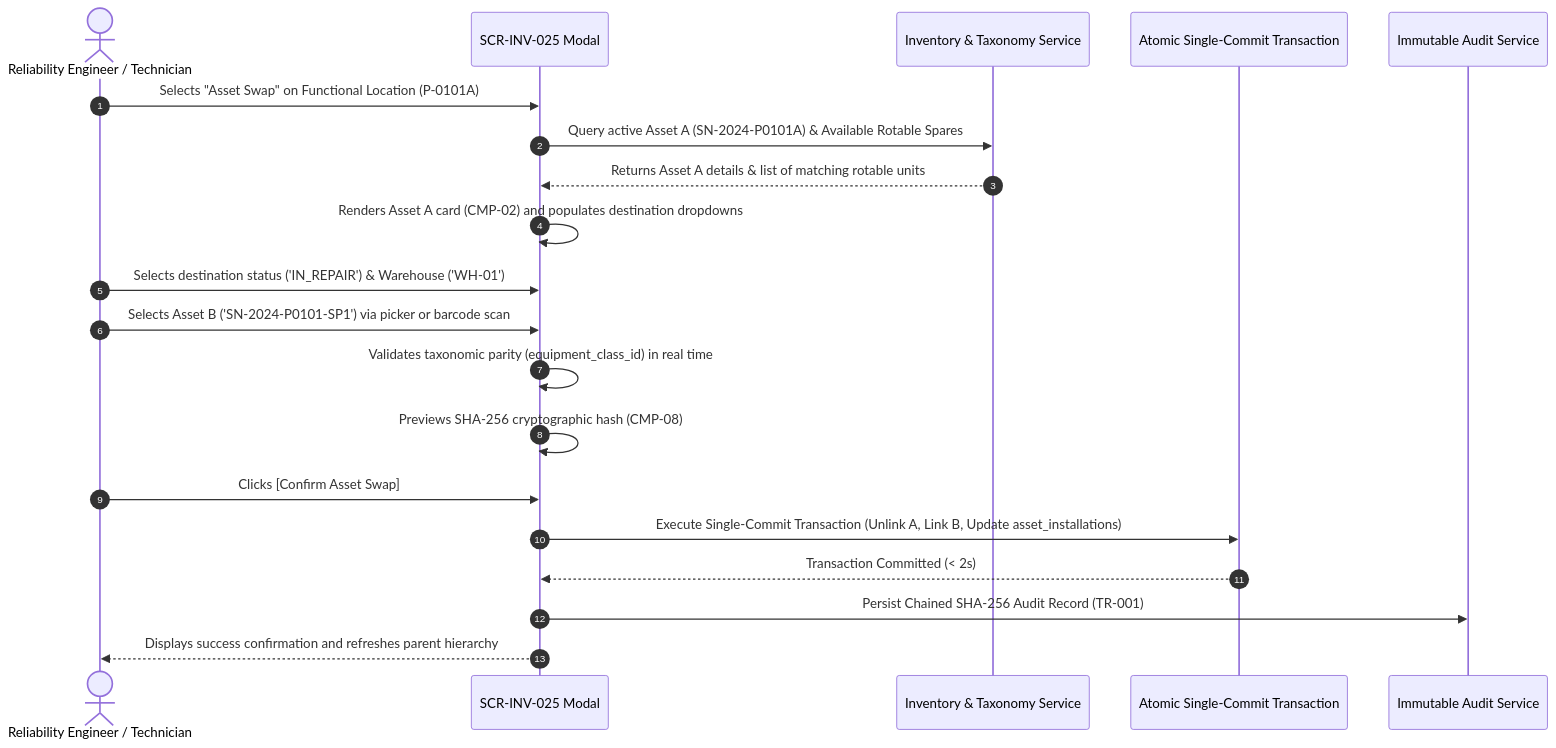
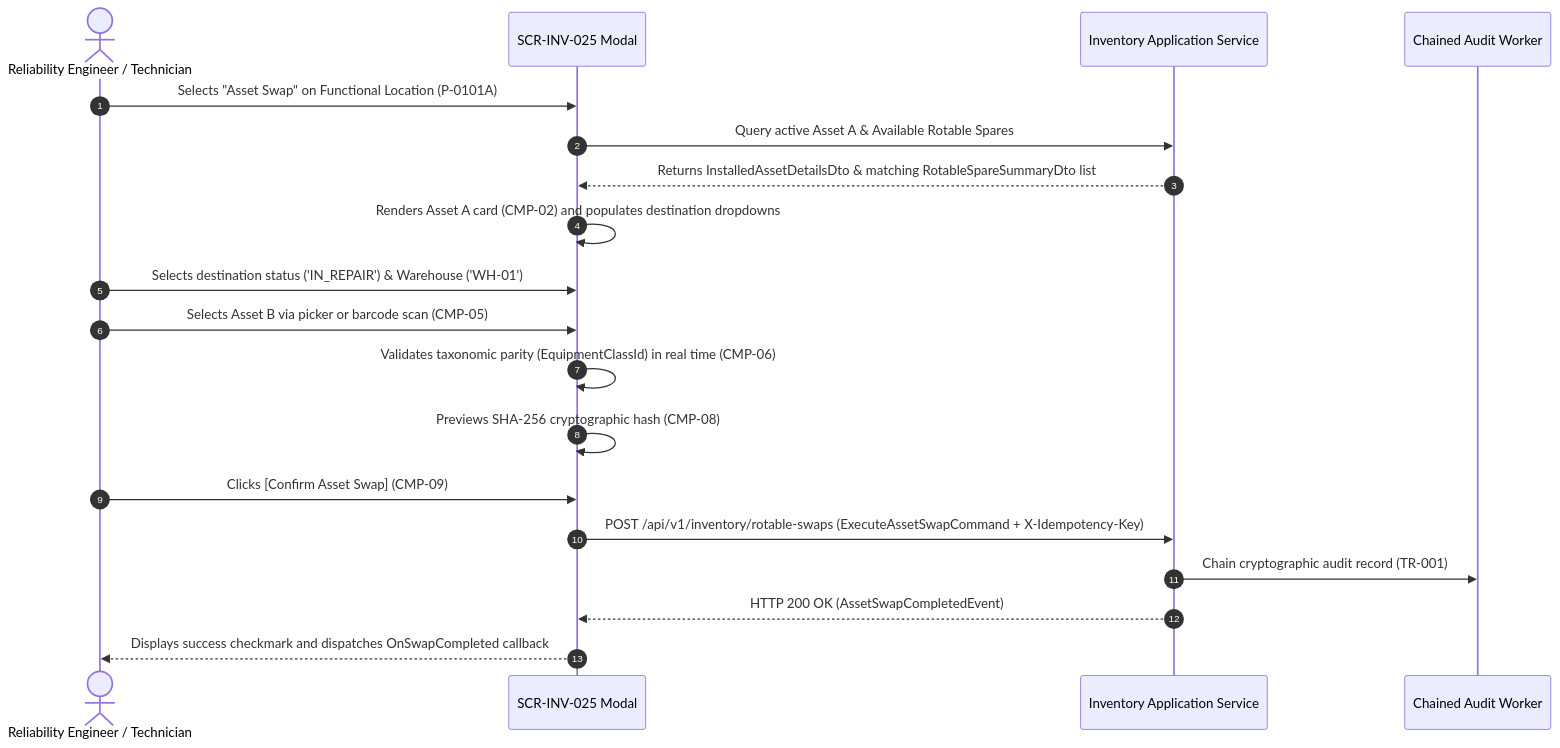
The diagram in ui-ux/screens/inv/SCR-INV-025.md (Novav20/adso-dteam-docs), drawn with Mermaid before and after one commit. The commit also changed other lines of this file, not shown here.

First line of the commit message:
refactor(ui-ux): align SCR-INV-025 v1.3 with canonical template and design system

````diff
--- a/ui-ux/screens/inv/SCR-INV-025.md
+++ b/ui-ux/screens/inv/SCR-INV-025.md
@@ -86,23 +83,22 @@
 ```mermaid
 sequenceDiagram
     autonumber
     actor Tech as Reliability Engineer / Technician
     participant UI as SCR-INV-025 Modal
-    participant INV as Inventory & Taxonomy Service
-    participant DB as Atomic Single-Commit Transaction
-    participant AUD as Immutable Audit Service
+    participant INV as Inventory Application Service
+    participant AUD as Chained Audit Worker
 
     Tech->>UI: Selects "Asset Swap" on Functional Location (P-0101A)
-    UI->>INV: Query active Asset A (SN-2024-P0101A) & Available Rotable Spares
-    INV-->>UI: Returns Asset A details & list of matching rotable units
+    UI->>INV: Query active Asset A & Available Rotable Spares
+    INV-->>UI: Returns InstalledAssetDetailsDto & matching RotableSpareSummaryDto list
     UI->>UI: Renders Asset A card (CMP-02) and populates destination dropdowns
     Tech->>UI: Selects destination status ('IN_REPAIR') & Warehouse ('WH-01')
-    Tech->>UI: Selects Asset B ('SN-2024-P0101-SP1') via picker or barcode scan
-    UI->>UI: Validates taxonomic parity (equipment_class_id) in real time
+    Tech->>UI: Selects Asset B via picker or barcode scan (CMP-05)
+    UI->>UI: Validates taxonomic parity (EquipmentClassId) in real time (CMP-06)
     UI->>UI: Previews SHA-256 cryptographic hash (CMP-08)
-    Tech->>UI: Clicks [Confirm Asset Swap]
-    UI->>DB: Execute Single-Commit Transaction (Unlink A, Link B, Update asset_installations)
-    DB-->>UI: Transaction Committed (< 2s)
-    UI->>AUD: Persist Chained SHA-256 Audit Record (TR-001)
-    UI-->>Tech: Displays success confirmation and refreshes parent hierarchy
+    Tech->>UI: Clicks [Confirm Asset Swap] (CMP-09)
+    UI->>INV: POST /api/v1/inventory/rotable-swaps (ExecuteAssetSwapCommand + X-Idempotency-Key)
+    INV->>AUD: Chain cryptographic audit record (TR-001)
+    INV-->>UI: HTTP 200 OK (AssetSwapCompletedEvent)
+    UI-->>Tech: Displays success checkmark and dispatches OnSwapCompleted callback
 ```
````
